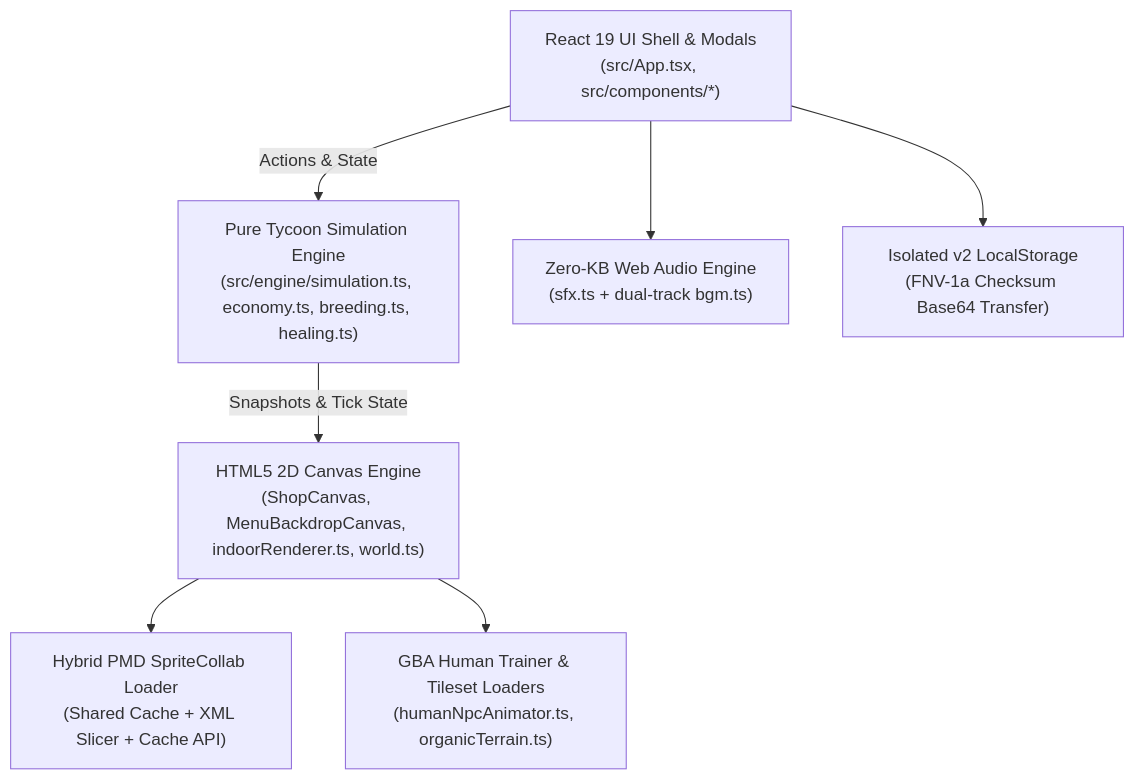
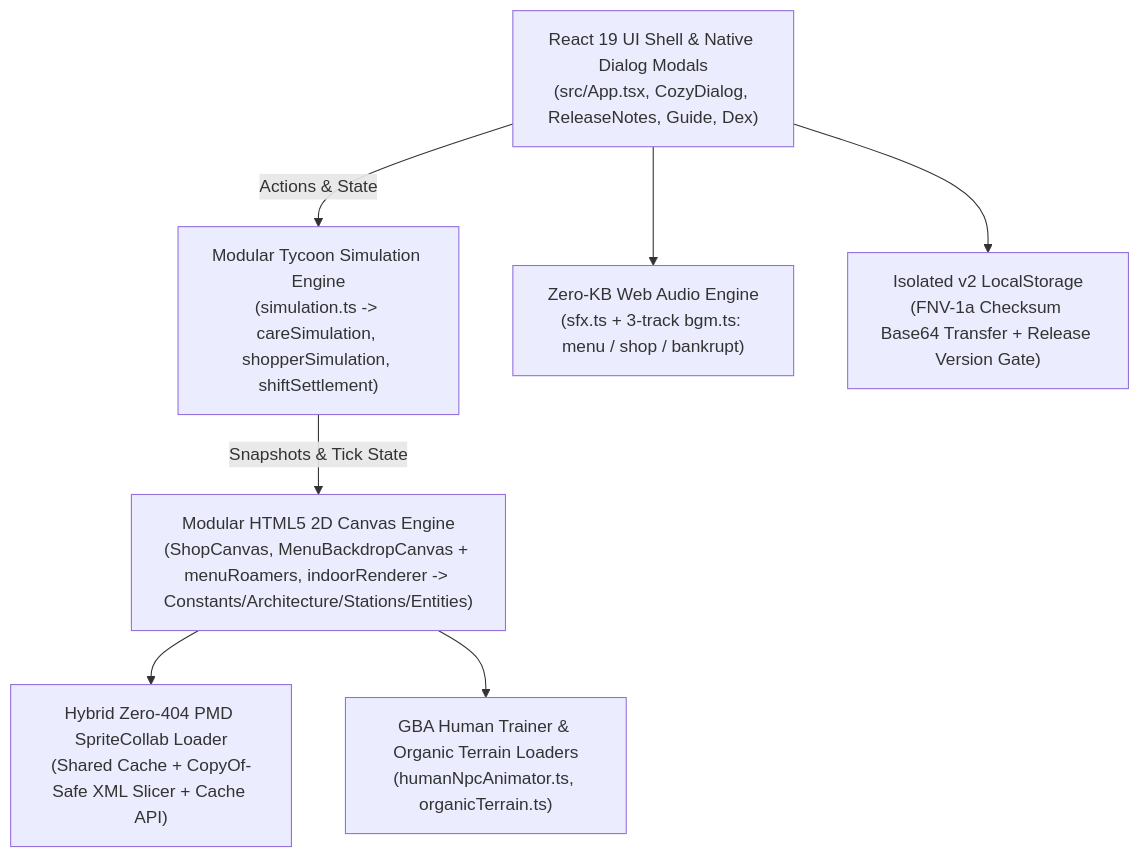
Before and after one commit to LanceAndrei22/PokeManager: the second of 2 diagrams in README.md, drawn with Mermaid. The commit also changed other lines of this file, not shown here.

First line of the commit message:
docs(readme): update README for Initial Playtest Release

````diff
--- a/README.md
+++ b/README.md
@@ -123,9 +128,9 @@
 ```mermaid
 flowchart TD
-    UI["React 19 UI Shell & Modals<br/>(src/App.tsx, src/components/*)"] -->|Actions & State| SIM["Pure Tycoon Simulation Engine<br/>(src/engine/simulation.ts, economy.ts, breeding.ts, healing.ts)"]
-    SIM -->|Snapshots & Tick State| CANVAS["HTML5 2D Canvas Engine<br/>(ShopCanvas, MenuBackdropCanvas, indoorRenderer.ts, world.ts)"]
-    CANVAS --> PMD["Hybrid PMD SpriteCollab Loader<br/>(Shared Cache + XML Slicer + Cache API)"]
-    CANVAS --> NPC["GBA Human Trainer & Tileset Loaders<br/>(humanNpcAnimator.ts, organicTerrain.ts)"]
-    UI --> AUDIO["Zero-KB Web Audio Engine<br/>(sfx.ts + dual-track bgm.ts)"]
-    UI --> STORE["Isolated v2 LocalStorage<br/>(FNV-1a Checksum Base64 Transfer)"]
+    UI["React 19 UI Shell & Native Dialog Modals<br/>(src/App.tsx, CozyDialog, ReleaseNotes, Guide, Dex)"] -->|Actions & State| SIM["Modular Tycoon Simulation Engine<br/>(simulation.ts -> careSimulation, shopperSimulation, shiftSettlement)"]
+    SIM -->|Snapshots & Tick State| CANVAS["Modular HTML5 2D Canvas Engine<br/>(ShopCanvas, MenuBackdropCanvas + menuRoamers, indoorRenderer -> Constants/Architecture/Stations/Entities)"]
+    CANVAS --> PMD["Hybrid Zero-404 PMD SpriteCollab Loader<br/>(Shared Cache + CopyOf-Safe XML Slicer + Cache API)"]
+    CANVAS --> NPC["GBA Human Trainer & Organic Terrain Loaders<br/>(humanNpcAnimator.ts, organicTerrain.ts)"]
+    UI --> AUDIO["Zero-KB Web Audio Engine<br/>(sfx.ts + 3-track bgm.ts: menu / shop / bankrupt)"]
+    UI --> STORE["Isolated v2 LocalStorage<br/>(FNV-1a Checksum Base64 Transfer + Release Version Gate)"]
 ```
````
